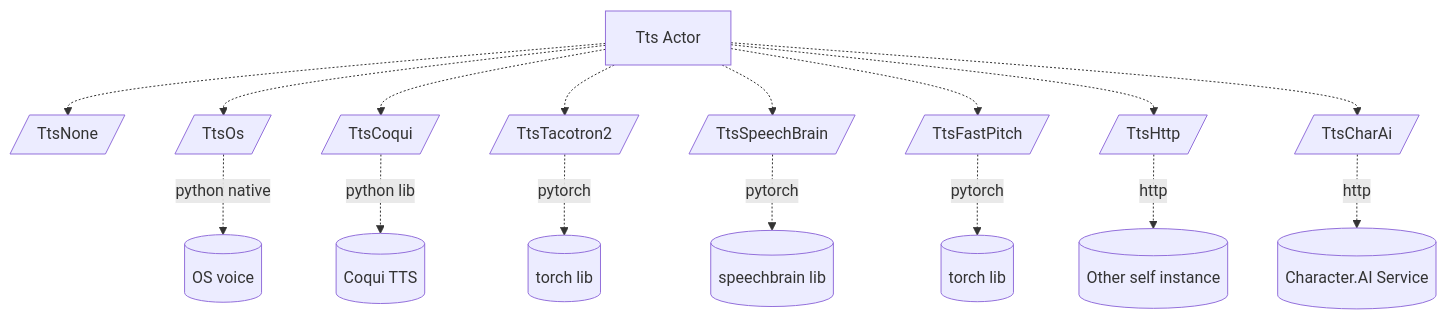
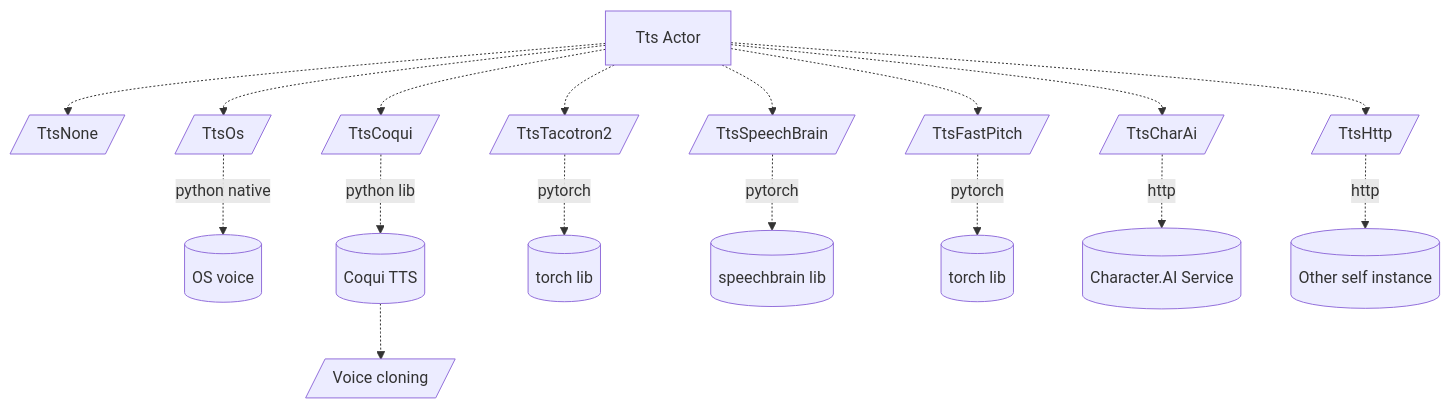
One commit to sghpjuikit/player changed the fourth of 7 diagrams in app/speech-recognition-whisper/README.md. Above: the diagram before and after it, drawn with Mermaid. The commit also changed other lines of this file, not shown here.

````diff
--- a/app/speech-recognition-whisper/README.md
+++ b/app/speech-recognition-whisper/README.md
@@ -83,19 +83,20 @@
 ```mermaid
 flowchart TD
   V[Tts Actor]
   V  -.-> V0[/TtsNone/]
   V  -.-> V1[/TtsOs/]
-  V1 -.->|python native| V1X[(OS voice)]
   V  -.-> V3[/TtsCoqui/]
   V  -.-> V5[/TtsTacotron2/]
+  V  -.-> V6[/TtsSpeechBrain/]
+  V  -.-> V7[/TtsFastPitch/]
+  V  -.-> V2[/TtsCharAi/]
+  V  -.-> V8[/TtsHttp/]
+  V1 -.->|python native| V1X[(OS voice)]
+  V3 -.->|python lib| V3X[(Coqui TTS)]
+  V3X-.-> V3XX[/Voice cloning/]
   V5 -.->|pytorch| V5X[(torch lib)]
-  V  -.-> V6[/TtsSpeechBrain/]
   V6 -.->|pytorch| V6X[(speechbrain lib)]
-  V  -.-> V7[/TtsFastPitch/]
   V7 -.->|pytorch| V7X[(torch lib)]
-  V3 -.->|python lib| V3X[(Coqui TTS)]
-  V  -.-> V4[/TtsHttp/]
-  V4 -.->|http| V4X[(Other self instance)]
-  V  -.-> V2[/TtsCharAi/]
   V2 -.->|http| V2X[(Character.AI Service)]
+  V8 -.->|http| V8X[(Other self instance)]
 ```
````
